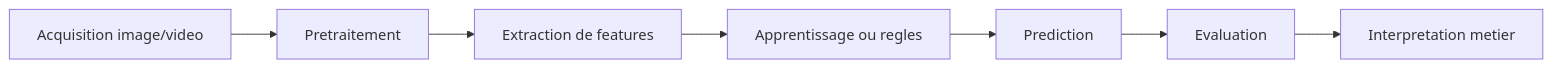
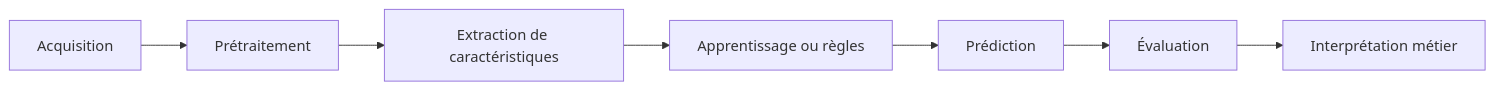
One commit to ValetteL/nexa-computer-vision changed the second of 5 diagrams in JOUR-01.md. Above: the diagram before and after it, drawn with Mermaid. The commit also changed other lines of this file, not shown here.

````diff
--- a/JOUR-01.md
+++ b/JOUR-01.md
@@ -63,9 +75,9 @@
 ```mermaid
 flowchart LR
-    A[Acquisition image/video] --> B[Pretraitement]
-    B --> C[Extraction de features]
-    C --> D[Apprentissage ou regles]
-    D --> E[Prediction]
-    E --> F[Evaluation]
-    F --> G[Interpretation metier]
+    A[Acquisition] --> B[Prétraitement]
+    B --> C[Extraction de caractéristiques]
+    C --> D[Apprentissage ou règles]
+    D --> E[Prédiction]
+    E --> F[Évaluation]
+    F --> G[Interprétation métier]
 ```
````
